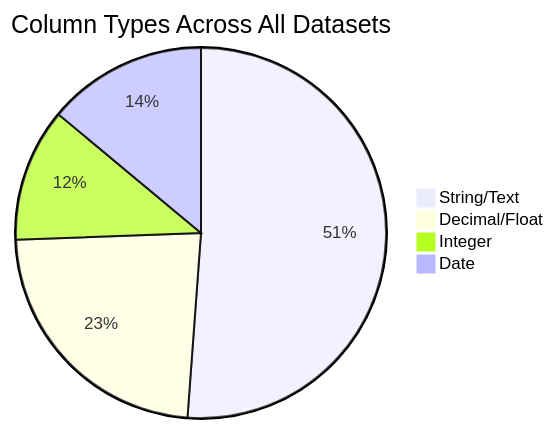
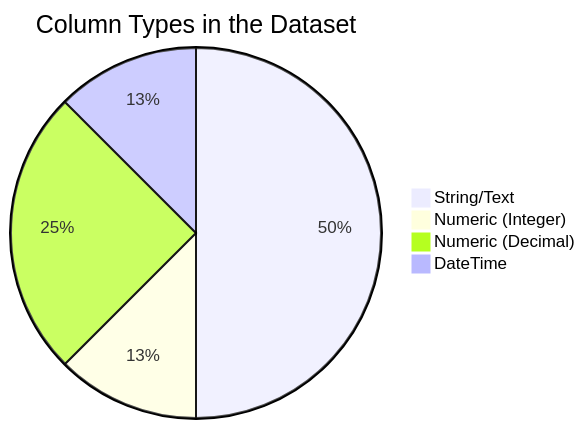
The first of 2 diagrams in docs/dataset-structure-analysis.md (springboardmentor24052s-tech/Team_3_Small_Biz_Sales), drawn with Mermaid before and after one commit. The commit also changed other lines of this file and 4 other files, not shown here.

Commit message:
Update documentation to match UCI dataset schema

````diff
--- a/docs/dataset-structure-analysis.md
+++ b/docs/dataset-structure-analysis.md
@@ -105,7 +36,7 @@
 ```mermaid
-pie title Column Types Across All Datasets
-    "String/Text" : 22
-    "Decimal/Float" : 10
-    "Integer" : 5
-    "Date" : 6
+pie title Column Types in the Dataset
+    "String/Text" : 4
+    "Numeric (Integer)" : 1
+    "Numeric (Decimal)" : 2
+    "DateTime" : 1
 ```
````
